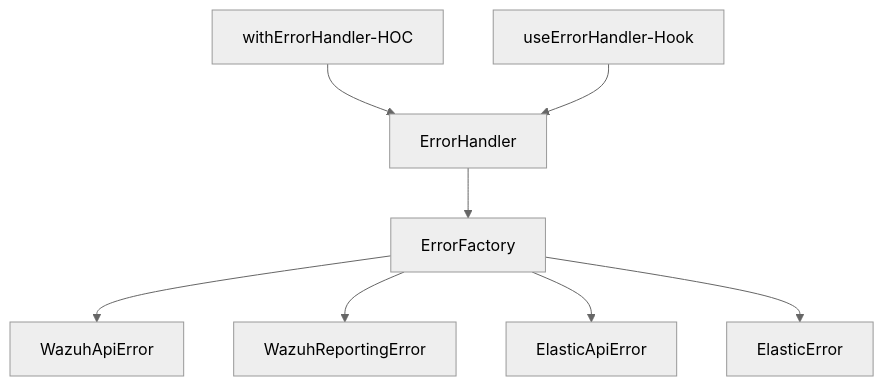
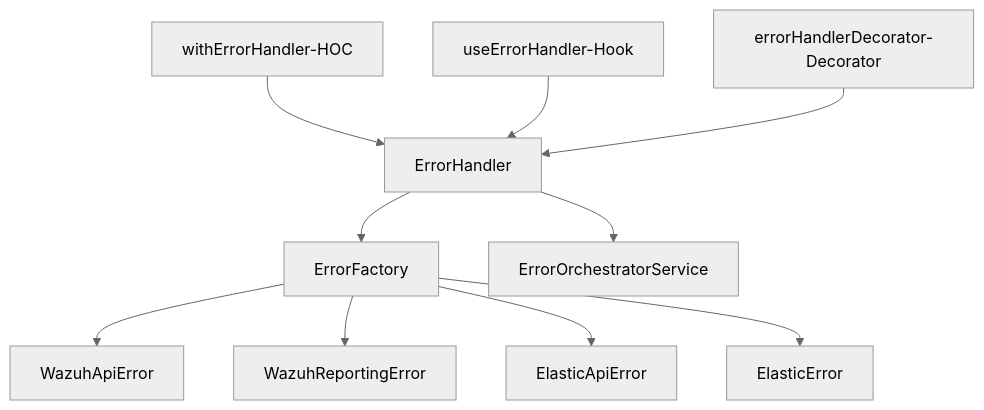
Before and after one commit to wazuh/wazuh-dashboard-plugins: the first of 2 diagrams in public/react-services/error-management/README.md, drawn with Mermaid (neutral theme). The commit also changed other lines of this file and 1 other file, not shown here.

````diff
--- a/public/react-services/error-management/README.md
+++ b/public/react-services/error-management/README.md
@@ -14,10 +54,12 @@
 ```mermaid
 graph TD;
  withErrorHandler-HOC-->ErrorHandler
  useErrorHandler-Hook-->ErrorHandler
+ errorHandlerDecorator-Decorator-->ErrorHandler
  ErrorHandler-->ErrorFactory
+ ErrorHandler-->ErrorOrchestratorService
  ErrorFactory-->WazuhApiError
  ErrorFactory-->WazuhReportingError
  ErrorFactory-->ElasticApiError
  ErrorFactory-->ElasticError
 ```
````
